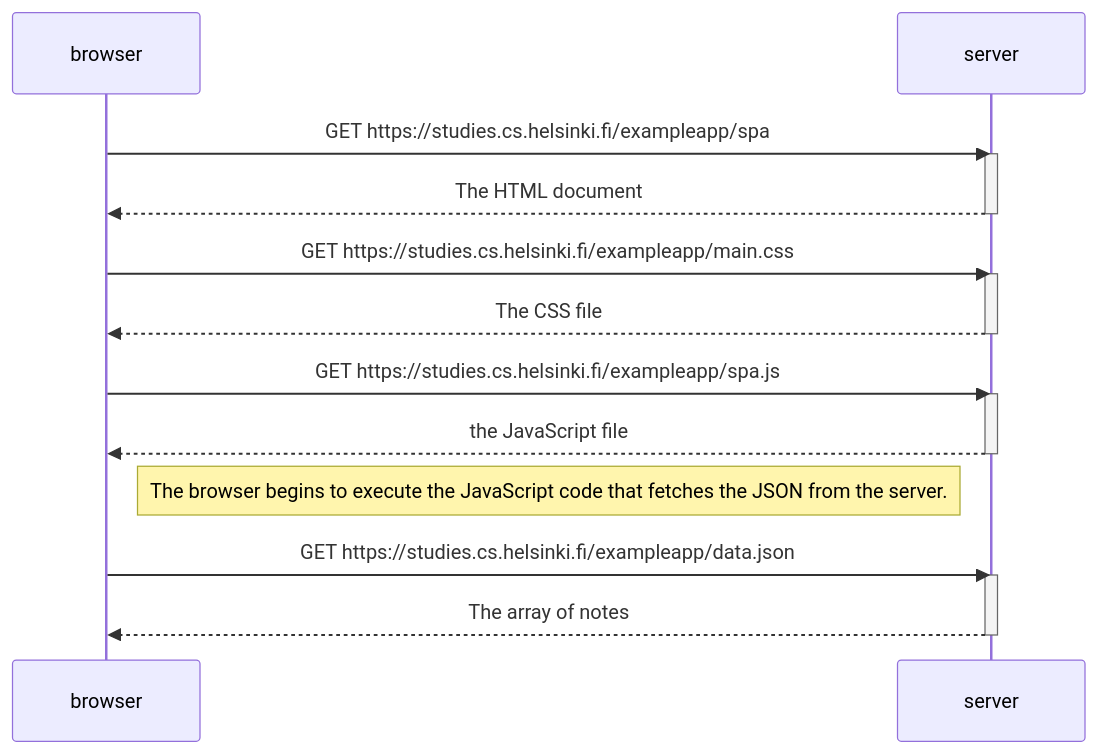
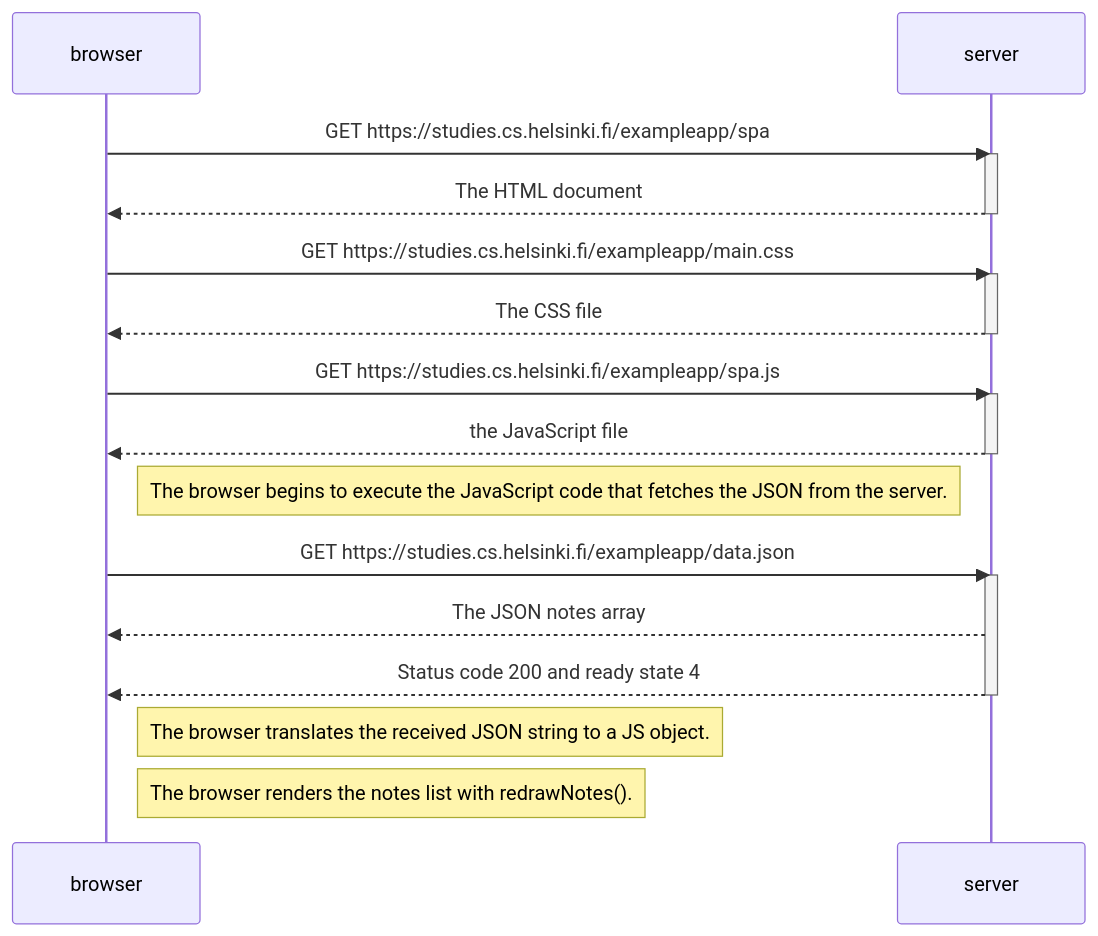
The diagram in part-0.5.md (Slothvely/full-stack-open-2023), drawn with Mermaid before and after one commit.

````diff
--- a/part-0.5.md
+++ b/part-0.5.md
@@ -1,27 +1,30 @@
 ```mermaid
 sequenceDiagram
   participant browser
   participant server
 
   browser->>server: GET https://studies.cs.helsinki.fi/exampleapp/spa
     activate server
   server-->>browser: The HTML document
     deactivate server
 
     browser->>server: GET https://studies.cs.helsinki.fi/exampleapp/main.css
       activate server
     server-->>browser: The CSS file
       deactivate server
 
     browser->>server: GET https://studies.cs.helsinki.fi/exampleapp/spa.js
       activate server
     server-->>browser: the JavaScript file
       deactivate server
     Note right of browser: The browser begins to execute the JavaScript code that fetches the JSON from the server.
 
     browser->>server: GET https://studies.cs.helsinki.fi/exampleapp/data.json
       activate server
-    server-->>browser: The array of notes
+    server-->>browser: The JSON notes array
+    server-->>browser: Status code 200 and ready state 4
       deactivate server
+    Note right of browser: The browser translates the received JSON string to a JS object.
+    Note right of browser: The browser renders the notes list with redrawNotes().
 
 ```
````
